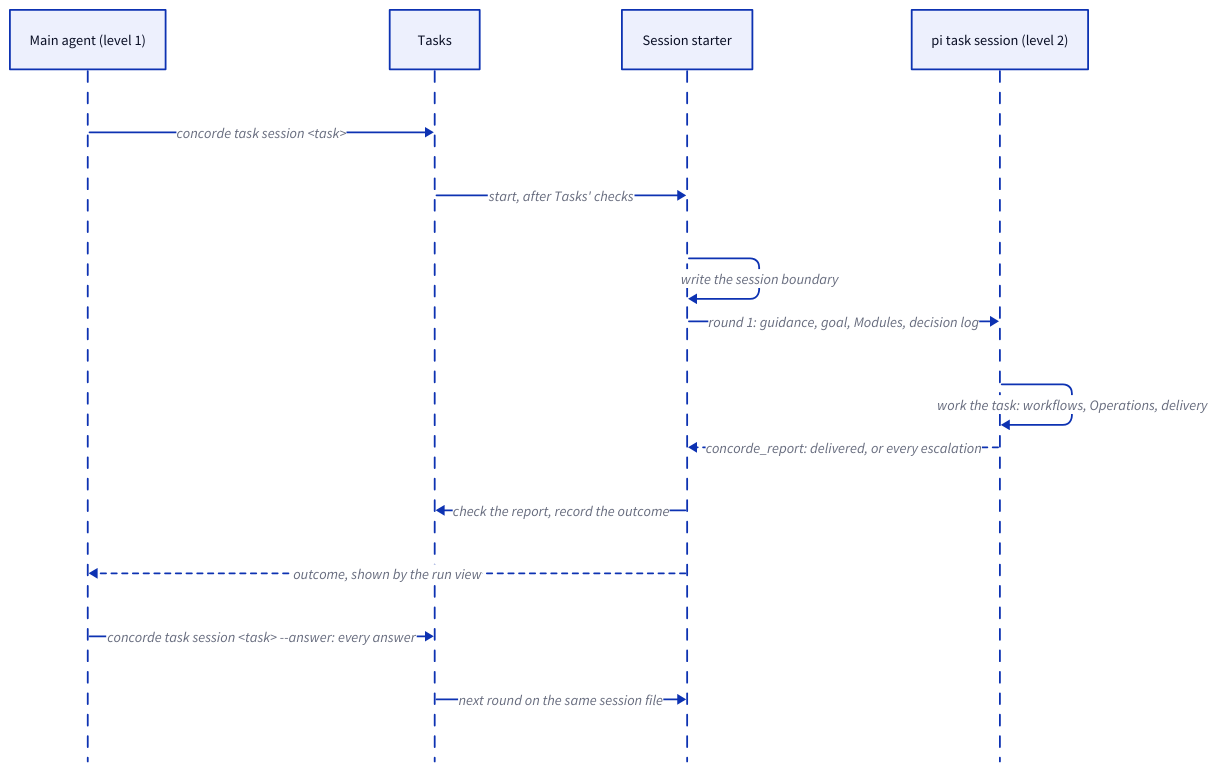
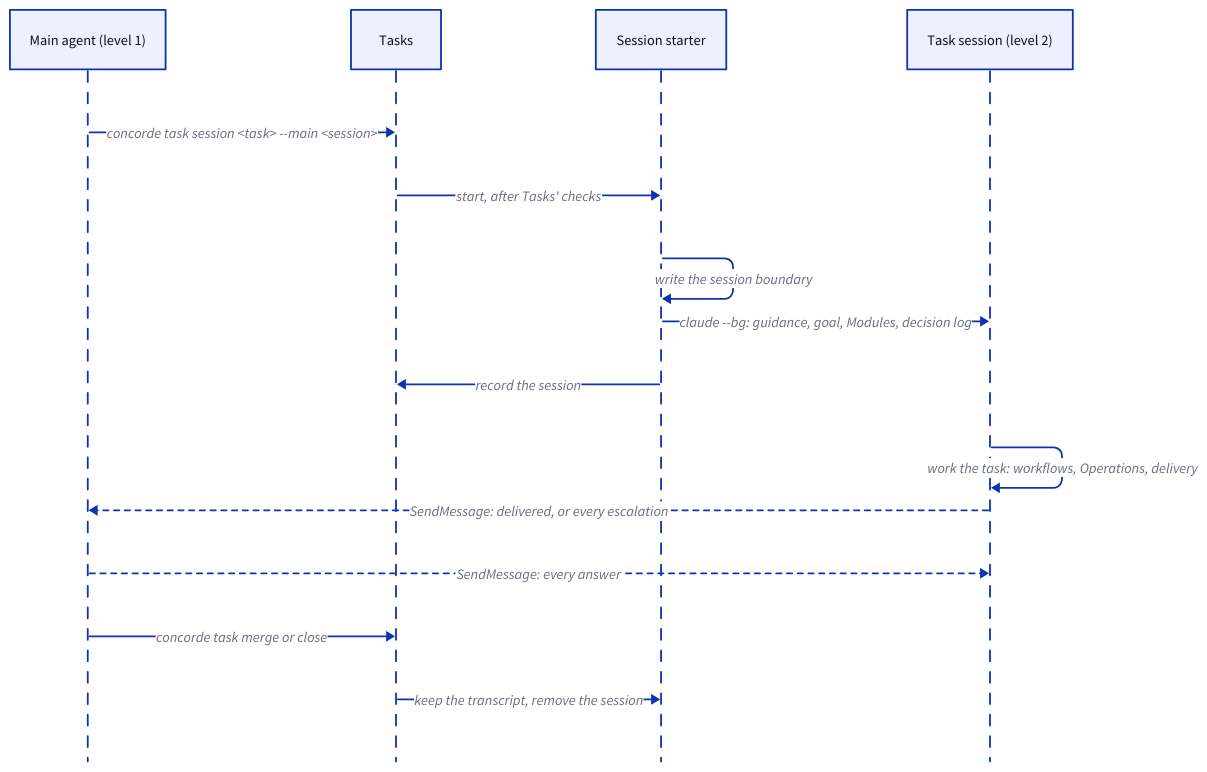
Before and after one commit to FTOD/concorde: the second of 4 diagrams in specs/concorde/coordination/task-session/module.md, drawn with D2. The commit also changed other lines of this file and 92 other files, not shown here.

First line of the commit message:
Drop pi from the main-session side: main agent and task sessions run on Claude Code only

````diff
--- a/specs/concorde/coordination/task-session/module.md
+++ b/specs/concorde/coordination/task-session/module.md
@@ -290,17 +191,17 @@
 ```d2 illustrative
 shape: sequence_diagram
 main: Main agent (level 1)
 tasks: Tasks
 starter: Session starter
-session: pi task session (level 2)
-main -> tasks: concorde task session <task>
+session: Task session (level 2)
+main -> tasks: concorde task session <task> --main <session>
 tasks -> starter: start, after Tasks' checks
 starter -> starter: write the session boundary
-starter -> session: round 1: guidance, goal, Modules, decision log
+starter -> session: "claude --bg: guidance, goal, Modules, decision log"
+starter -> tasks: record the session
 session -> session: work the task: workflows, Operations, delivery
-session -> starter: "concorde_report: delivered, or every escalation" {style.stroke-dash: 3}
-starter -> tasks: check the report, record the outcome
-starter -> main: outcome, shown by the run view {style.stroke-dash: 3}
-main -> tasks: "concorde task session <task> --answer: every answer"
-tasks -> starter: next round on the same session file
+session -> main: "SendMessage: delivered, or every escalation" {style.stroke-dash: 3}
+main -> session: "SendMessage: every answer" {style.stroke-dash: 3}
+main -> tasks: concorde task merge or close
+tasks -> starter: keep the transcript, remove the session
 ```
````
